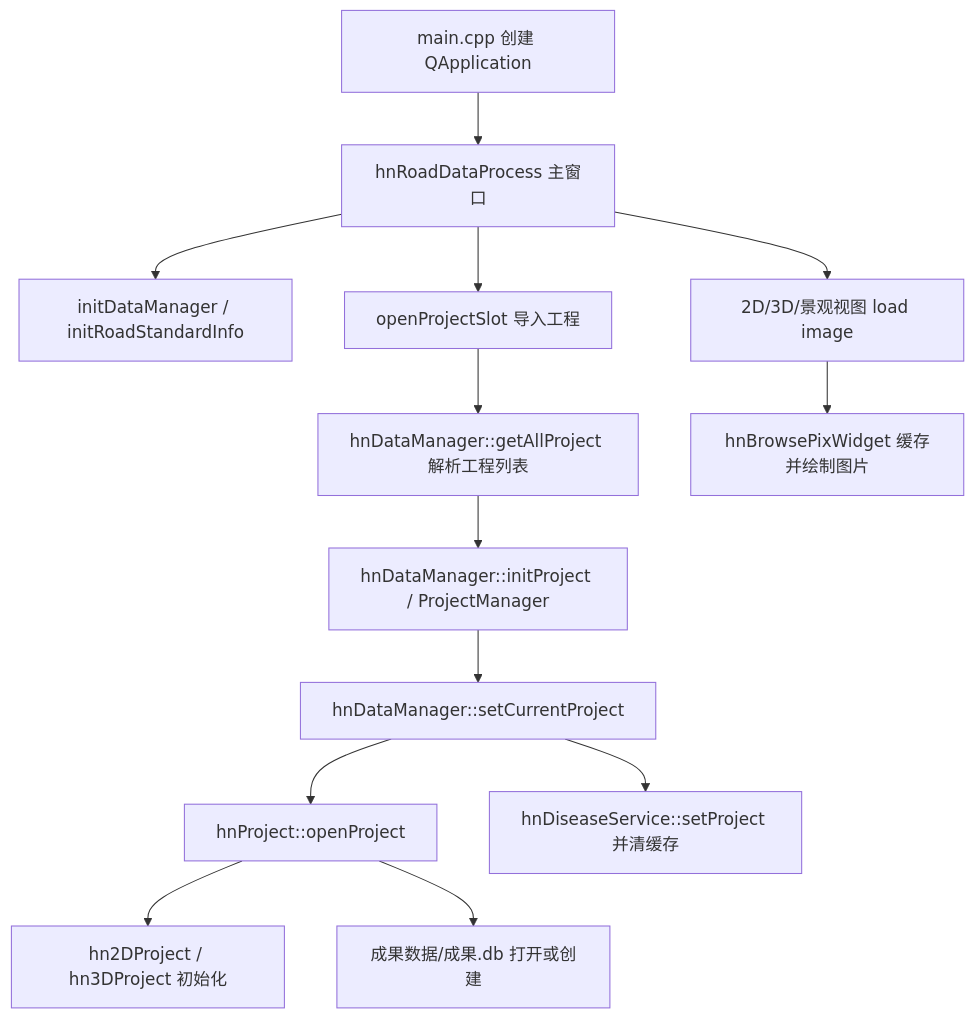
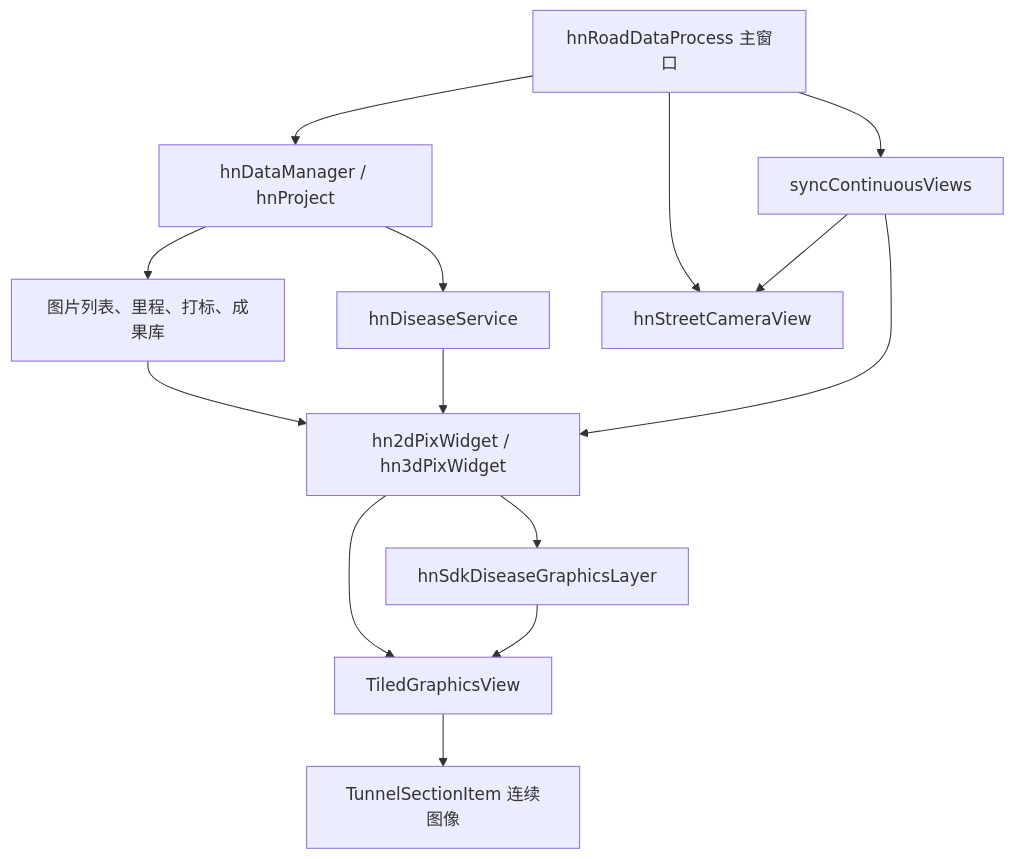
Before and after one commit to 2405cwb/RoadDataProcess: the first of 3 diagrams in README.md, drawn with Mermaid. The commit also changed other lines of this file and 100 other files, not shown here.

Commit message:
Update SDK views and disease workflows

````diff
--- a/README.md
+++ b/README.md
@@ -70,15 +18,16 @@
 ```mermaid
 flowchart TD
-    A["main.cpp 创建 QApplication"] --> B["hnRoadDataProcess 主窗口"]
-    B --> C["initDataManager / initRoadStandardInfo"]
-    B --> D["openProjectSlot 导入工程"]
-    D --> E["hnDataManager::getAllProject 解析工程列表"]
-    E --> F["hnDataManager::initProject / ProjectManager"]
-    F --> G["hnDataManager::setCurrentProject"]
-    G --> H["hnProject::openProject"]
-    H --> I["hn2DProject / hn3DProject 初始化"]
-    H --> J["成果数据/成果.db 打开或创建"]
-    G --> K["hnDiseaseService::setProject 并清缓存"]
-    B --> L["2D/3D/景观视图 load image"]
-    L --> M["hnBrowsePixWidget 缓存并绘制图片"]
+    A["hnRoadDataProcess 主窗口"] --> B["hnDataManager / hnProject"]
+    B --> C["图片列表、里程、打标、成果库"]
+    C --> D["hn2dPixWidget / hn3dPixWidget"]
+    D --> E["TiledGraphicsView"]
+    E --> F["TunnelSectionItem 连续图像"]
+    D --> G["hnSdkDiseaseGraphicsLayer"]
+    G --> E
+    B --> H["hnDiseaseService"]
+    H --> D
+    A --> I["hnStreetCameraView"]
+    A --> J["syncContinuousViews"]
+    J --> D
+    J --> I
 ```
````
